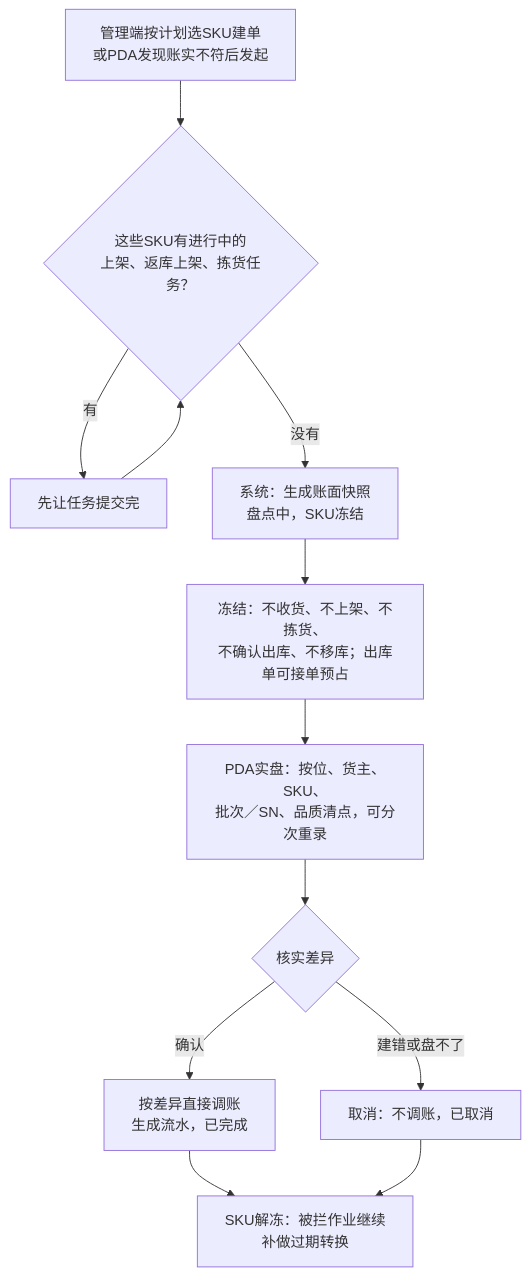
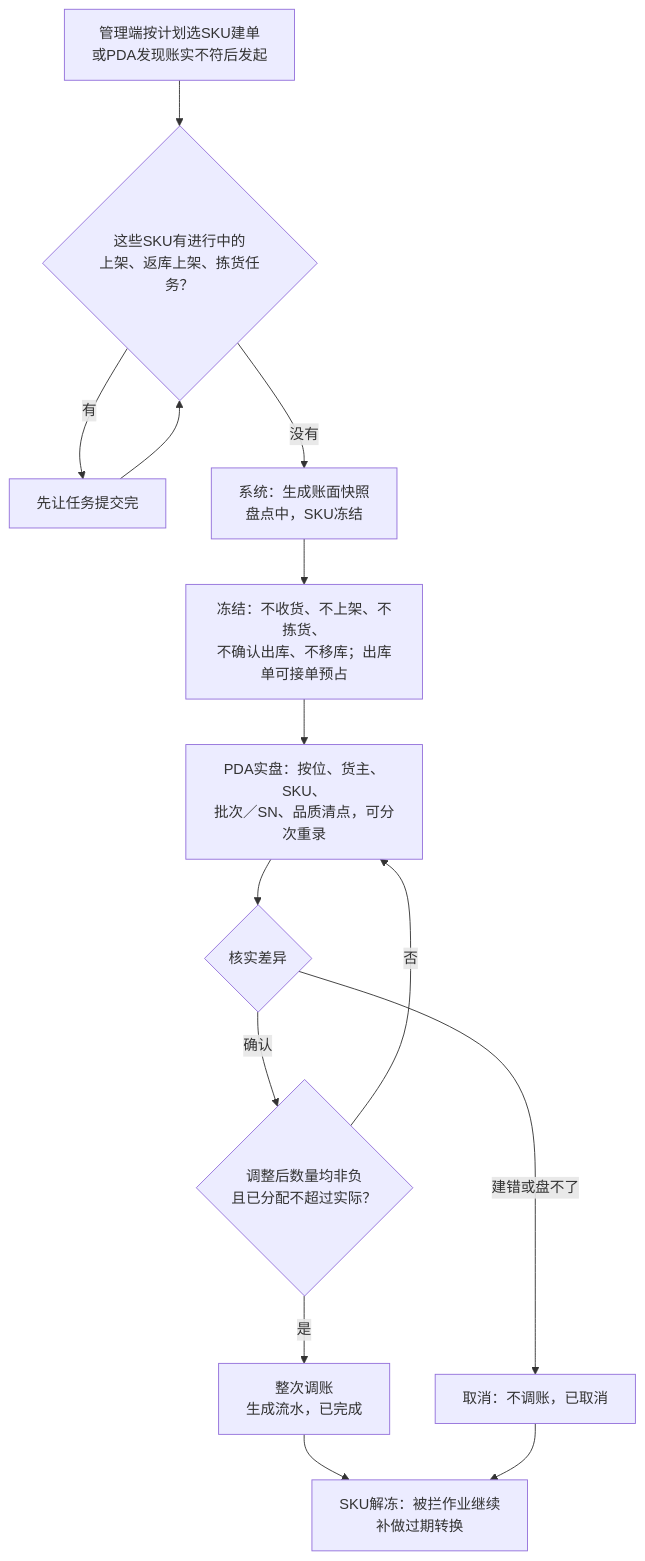
The sixth of 6 diagrams in 05-应用设计方案/20261002-MVP版本/系统架构设计/01-系统流程与单据交互.md (TopVitamin/QS-WMS-Project), drawn with Mermaid before and after one commit. The commit also changed other lines of this file and 207 other files, not shown here.

````diff
--- a/05-应用设计方案/20261002-MVP版本/系统架构设计/01-系统流程与单据交互.md
+++ b/05-应用设计方案/20261002-MVP版本/系统架构设计/01-系统流程与单据交互.md
@@ -268,14 +268,16 @@
 ```mermaid
 flowchart TB
     A[管理端按计划选SKU建单<br/>或PDA发现账实不符后发起] --> C{这些SKU有进行中的<br/>上架、返库上架、拣货任务？}
     C -->|有| D[先让任务提交完]
     D --> C
     C -->|没有| E[系统：生成账面快照<br/>盘点中，SKU冻结]
     E --> F[冻结：不收货、不上架、不拣货、<br/>不确认出库、不移库；出库单可接单预占]
     F --> G[PDA实盘：按位、货主、SKU、<br/>批次／SN、品质清点，可分次重录]
     G --> H{核实差异}
-    H -->|确认| K[按差异直接调账<br/>生成流水，已完成]
+    H -->|确认| V{调整后数量均非负<br/>且已分配不超过实际？}
+    V -->|否| G
+    V -->|是| K[整次调账<br/>生成流水，已完成]
     H -->|建错或盘不了| I[取消：不调账，已取消]
     K --> L[SKU解冻：被拦作业继续<br/>补做过期转换]
     I --> L
 ```
````
